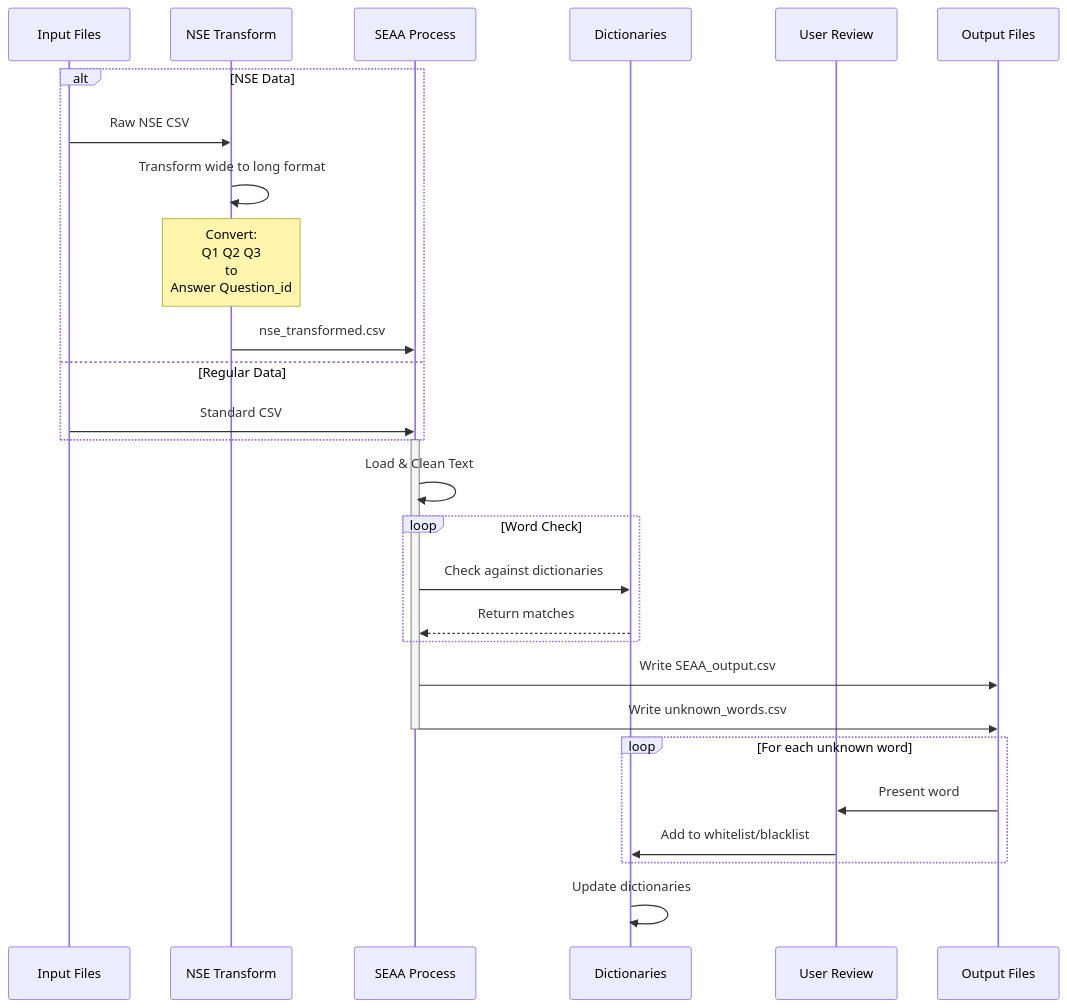
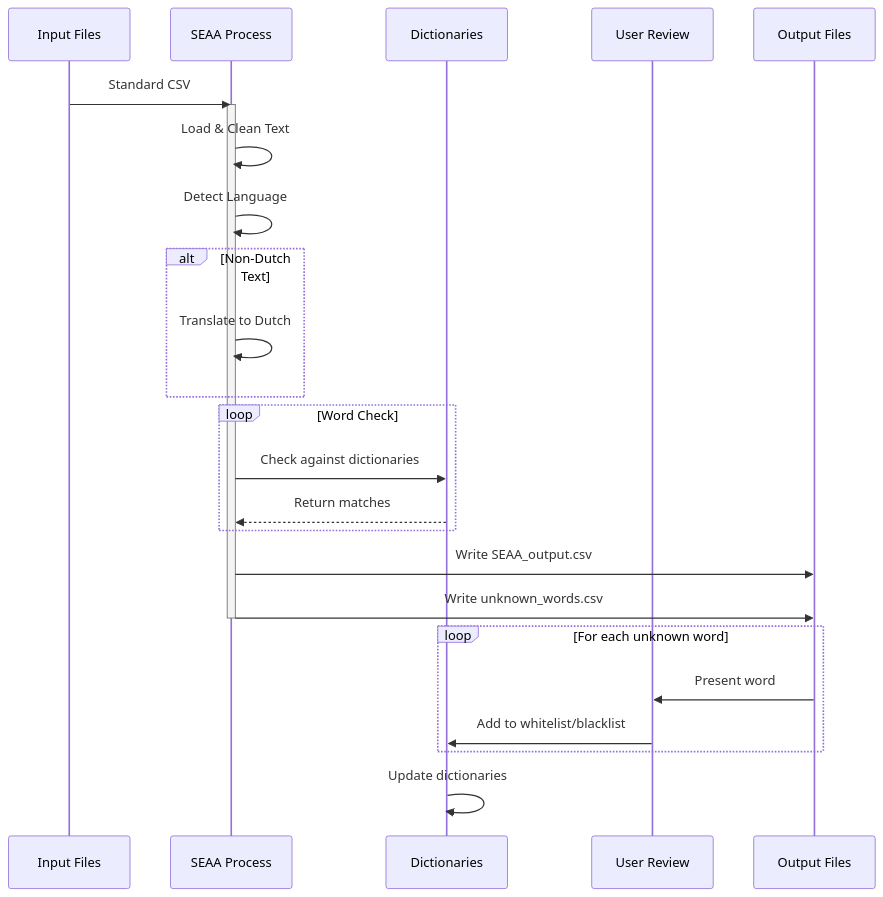
One commit to uashogeschoolutrecht/SEAA changed the diagram in README.md. Above: the diagram before and after it, drawn with Mermaid. The commit also changed other lines of this file, not shown here.

Commit message:
Update README.md to clarify tool capabilities and enhance flow chart
- Revised notes to specify that the tool is primarily designed for Dutch text but supports translation for non-Dutch responses.
- Simplified the flow chart by removing the NSE-specific data processing section, focusing on standard CSV input.
- Expanded dictionary descriptions to include family relationship terms and health-related terms.
- Added a section detailing the language detection and translation process, including fallback mechanisms and handling of large texts.
- Updated limitations to reflect potential translation quality impacts on anonymization accuracy.

````diff
--- a/README.md
+++ b/README.md
@@ -17,38 +17,29 @@
 ```mermaid
 %%{init: {'sequence': {'theme': 'hand'}}}%%
 sequenceDiagram
     participant Input as Input Files
-    participant Trans as NSE Transform
     participant SEAA as SEAA Process
     participant Dict as Dictionaries
     participant User as User Review
     participant Out as Output Files
-
-    alt NSE Data
-        Input->>Trans: Raw NSE CSV
-        Trans->>Trans: Transform wide to long format
-        Note over Trans: Convert:<br/>Q1 Q2 Q3<br/>to<br/>Answer Question_id
-        Trans->>SEAA: nse_transformed.csv
-    else Regular Data
-        Input->>SEAA: Standard CSV
-    end
-
+    Input->>SEAA: Standard CSV
     activate SEAA
     SEAA->>SEAA: Load & Clean Text
-    
+    SEAA->>SEAA: Detect Language
+    alt Non-Dutch Text
+    SEAA->>SEAA: Translate to Dutch
+    end
     loop Word Check
-        SEAA->>Dict: Check against dictionaries
-        Dict-->>SEAA: Return matches
+    SEAA->>Dict: Check against dictionaries
+    Dict-->>SEAA: Return matches
     end
-    
     SEAA->>Out: Write SEAA_output.csv
     SEAA->>Out: Write unknown_words.csv
     deactivate SEAA
-    
     loop For each unknown word
-        Out->>User: Present word
-        User->>Dict: Add to whitelist/blacklist
+    Out->>User: Present word
+    User->>Dict: Add to whitelist/blacklist
     end
     
     Dict->>Dict: Update dictionaries
 ```
````
